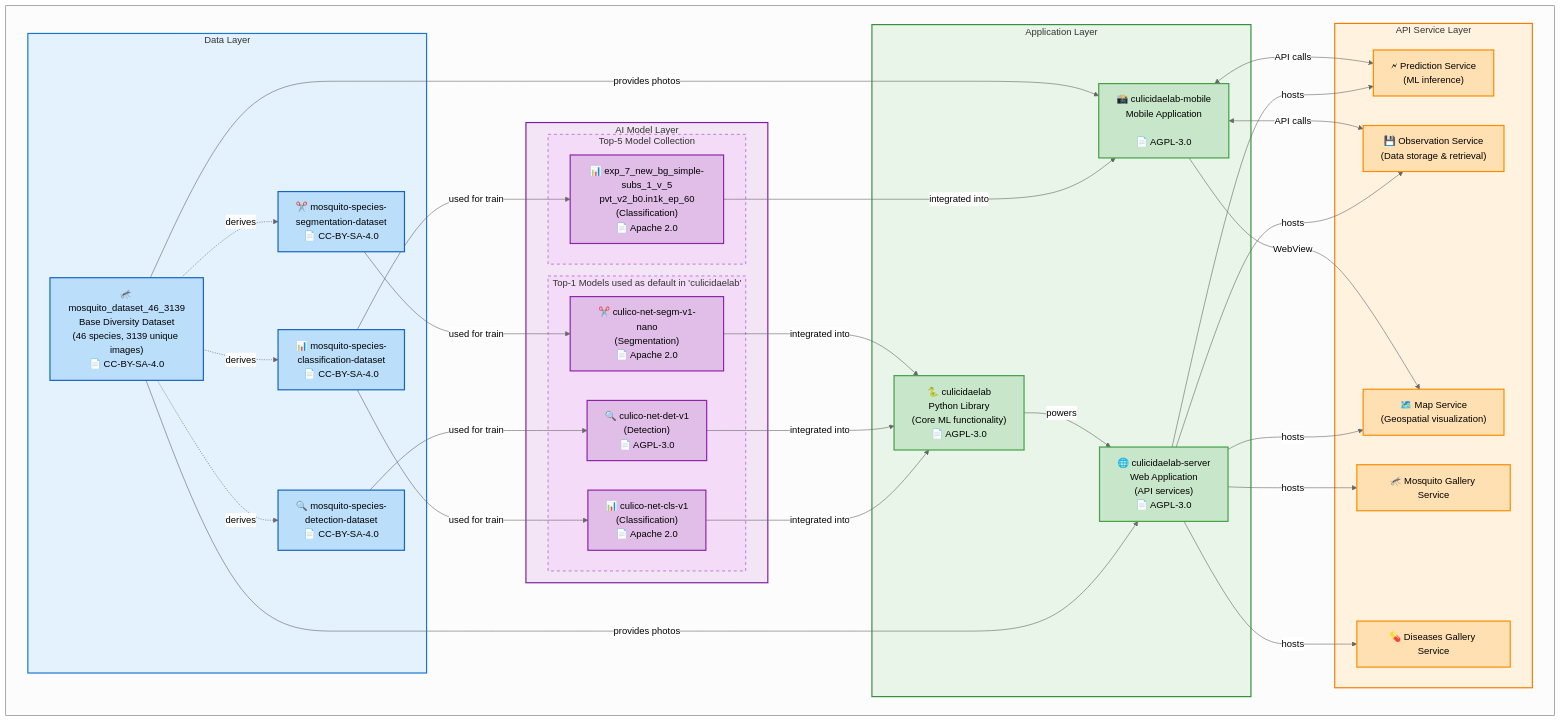
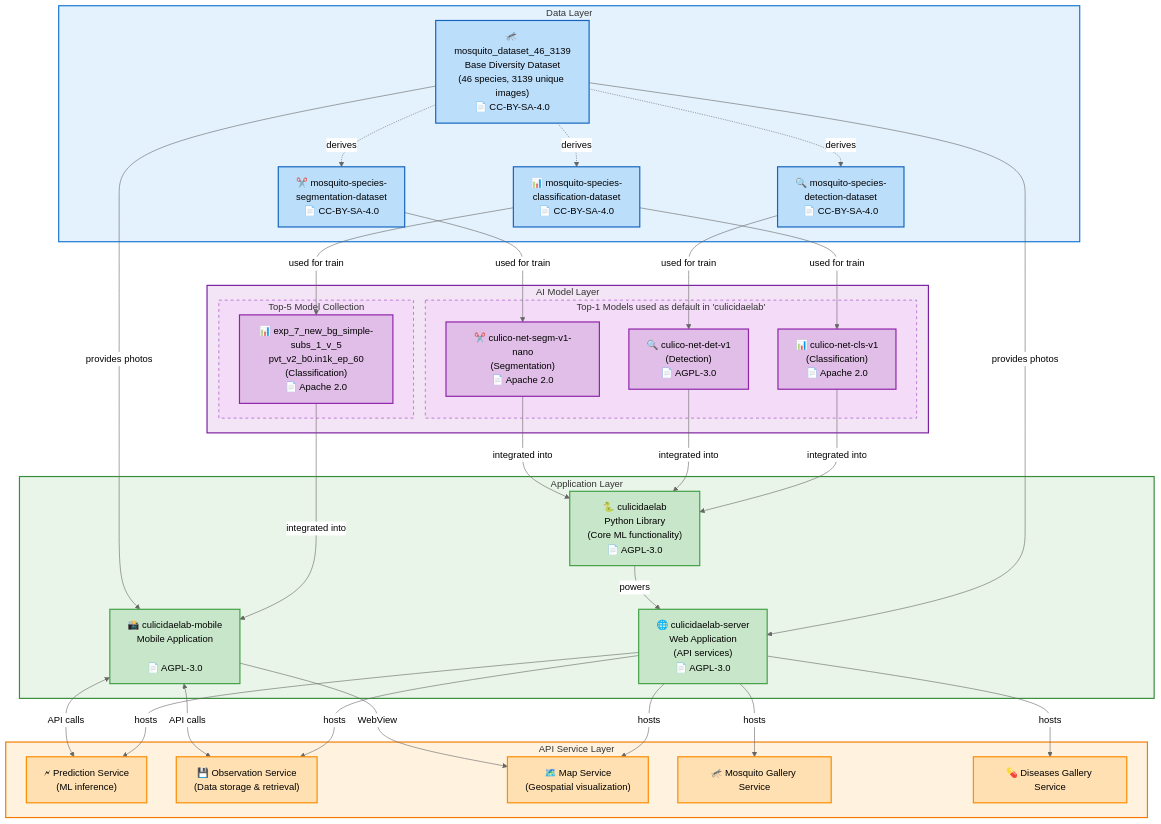
Before and after one commit to iloncka-ds/culicidaelab-server: the diagram in README.md, drawn with Mermaid (neutral theme). The commit also changed other lines of this file, not shown here.

Commit message:
📝 : update README

````diff
--- a/README.md
+++ b/README.md
@@ -7,10 +14,7 @@
 ```mermaid
 flowchart TD
 
-subgraph L0 [" "]
-
     %% Define layers with subgraphs
-
     subgraph L1 ["Data Layer"]
         DS1["🦟 mosquito_dataset_46_3139<br/>Base Diversity Dataset<br/>(46 species, 3139 unique images)<br/>📄 CC-BY-SA-4.0"]
         DS2["📊 mosquito-species-<br/>classification-dataset<br/>📄 CC-BY-SA-4.0"]
@@ -42,7 +46,6 @@
         S4["🦟 Mosquito Gallery Service<br/>"]
         S5["💊 Diseases Gallery Service<br/>"]
     end
-  end
 
     %% Dataset derivation and training flows
     DS1 -.->|"derives"| DS2
````
